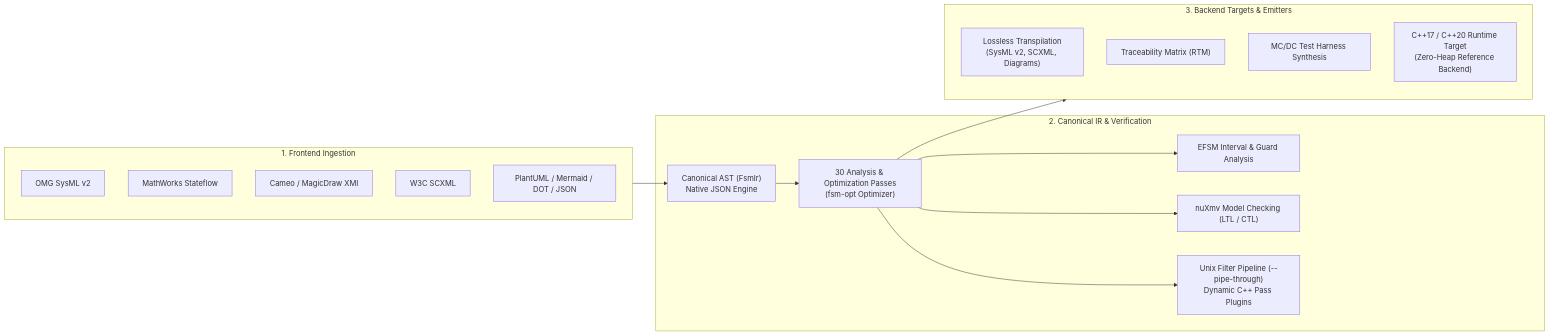
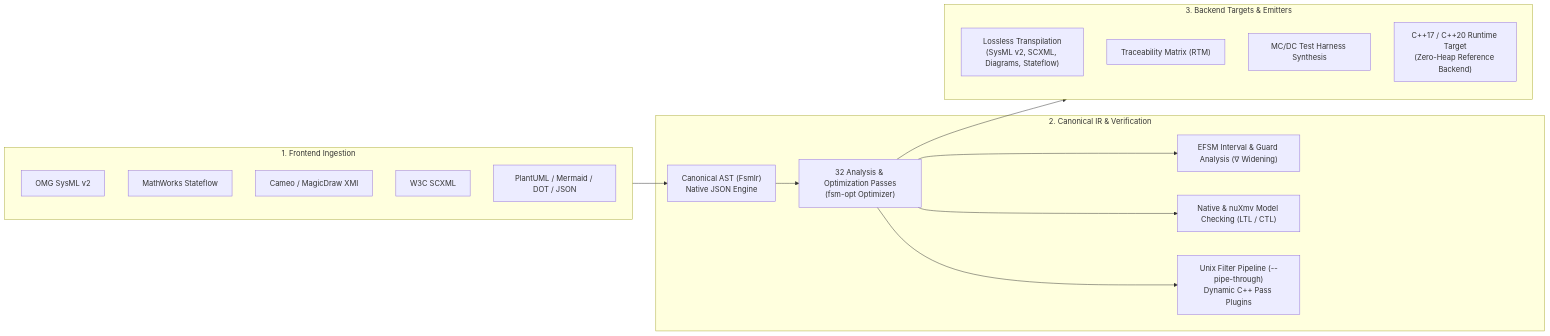
Before and after one commit to simoneCavalleri/fsmc: the first of 3 diagrams in docs/index.md, drawn with Mermaid. The commit also changed other lines of this file and 19 other files, not shown here.

````diff
--- a/docs/index.md
+++ b/docs/index.md
@@ -11,32 +11,32 @@
 ```mermaid
 flowchart LR
     subgraph Frontend["1. Frontend Ingestion"]
         SysML["OMG SysML v2"]
         Stateflow["MathWorks Stateflow"]
         XMI["Cameo / MagicDraw XMI"]
         SCXML["W3C SCXML"]
         Diagrams["PlantUML / Mermaid / DOT / JSON"]
     end
 
     subgraph MiddleEnd["2. Canonical IR & Verification"]
         IR["Canonical AST (FsmIr)<br/>Native JSON Engine"]
-        Passes["30 Analysis & Optimization Passes<br/>(fsm-opt Optimizer)"]
-        SMT["EFSM Interval & Guard Analysis"]
-        MC["nuXmv Model Checking (LTL / CTL)"]
+        Passes["32 Analysis & Optimization Passes<br/>(fsm-opt Optimizer)"]
+        SMT["EFSM Interval & Guard Analysis (∇ Widening)"]
+        MC["Native & nuXmv Model Checking (LTL / CTL)"]
         Pipe["Unix Filter Pipeline (--pipe-through)<br/>Dynamic C++ Pass Plugins"]
     end
 
     subgraph Backend["3. Backend Targets & Emitters"]
-        Transpile["Lossless Transpilation<br/>(SysML v2, SCXML, Diagrams)"]
+        Transpile["Lossless Transpilation<br/>(SysML v2, SCXML, Diagrams, Stateflow)"]
         RTM["Traceability Matrix (RTM)"]
         MCDC["MC/DC Test Harness Synthesis"]
         CppGen["C++17 / C++20 Runtime Target<br/>(Zero-Heap Reference Backend)"]
     end
 
     Frontend --> IR
     IR --> Passes
     Passes --> SMT
     Passes --> MC
     Passes --> Pipe
     Passes --> Backend
 ```
````
